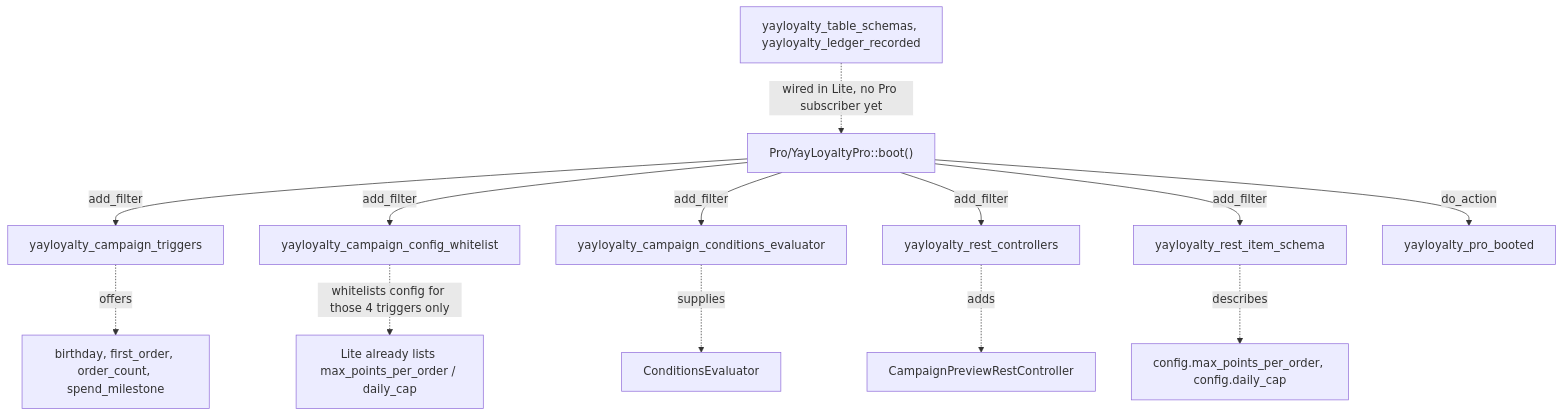
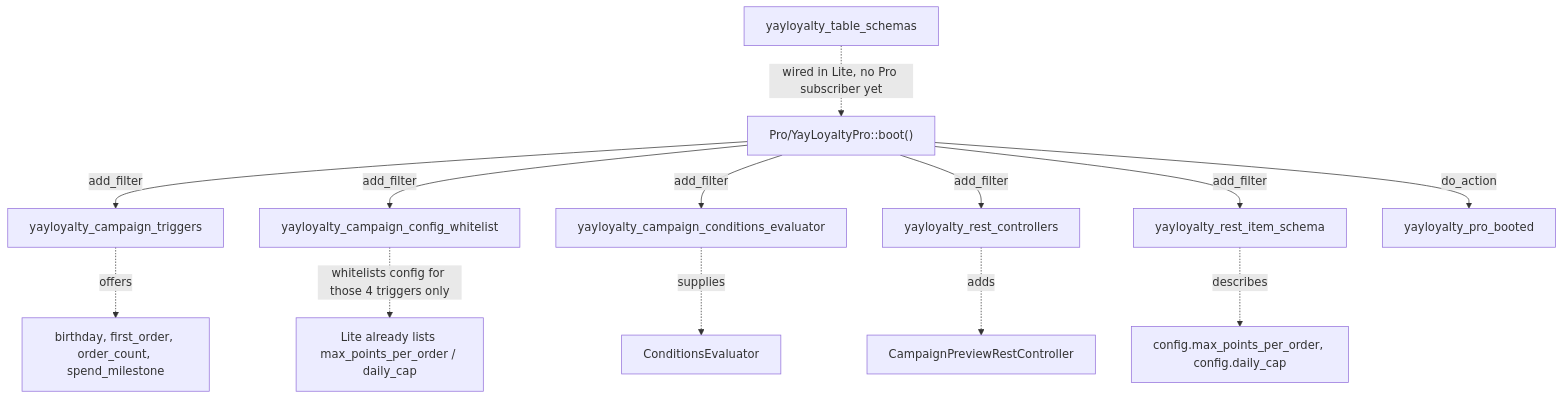
One commit to YayCommerce/YayLoyalty changed the third of 3 diagrams in docs/system-architecture.md. Above: the diagram before and after it, drawn with Mermaid. The commit also changed other lines of this file and 4 other files, not shown here.

````diff
--- a/docs/system-architecture.md
+++ b/docs/system-architecture.md
@@ -159,19 +162,19 @@
 ```mermaid
 flowchart TD
     Pro["Pro/YayLoyaltyPro::boot()"]
 
     Pro -->|add_filter| Triggers["yayloyalty_campaign_triggers"]
     Pro -->|add_filter| ConfigWL["yayloyalty_campaign_config_whitelist"]
     Pro -->|add_filter| CondEval["yayloyalty_campaign_conditions_evaluator"]
     Pro -->|add_filter| RestCtrlrs["yayloyalty_rest_controllers"]
     Pro -->|add_filter| Schema["yayloyalty_rest_item_schema"]
     Pro -->|do_action| ProBooted["yayloyalty_pro_booted"]
 
     Triggers -.->|offers| T["birthday, first_order, order_count, spend_milestone"]
     ConfigWL -.->|whitelists config for those 4 triggers only| C["Lite already lists max_points_per_order / daily_cap"]
     CondEval -.->|supplies| E["ConditionsEvaluator"]
     RestCtrlrs -.->|adds| R["CampaignPreviewRestController"]
     Schema -.->|describes| S["config.max_points_per_order, config.daily_cap"]
 
-    Unused["yayloyalty_table_schemas, yayloyalty_ledger_recorded"] -.->|wired in Lite, no Pro subscriber yet| Pro
+    Unused["yayloyalty_table_schemas"] -.->|wired in Lite, no Pro subscriber yet| Pro
 ```
````
